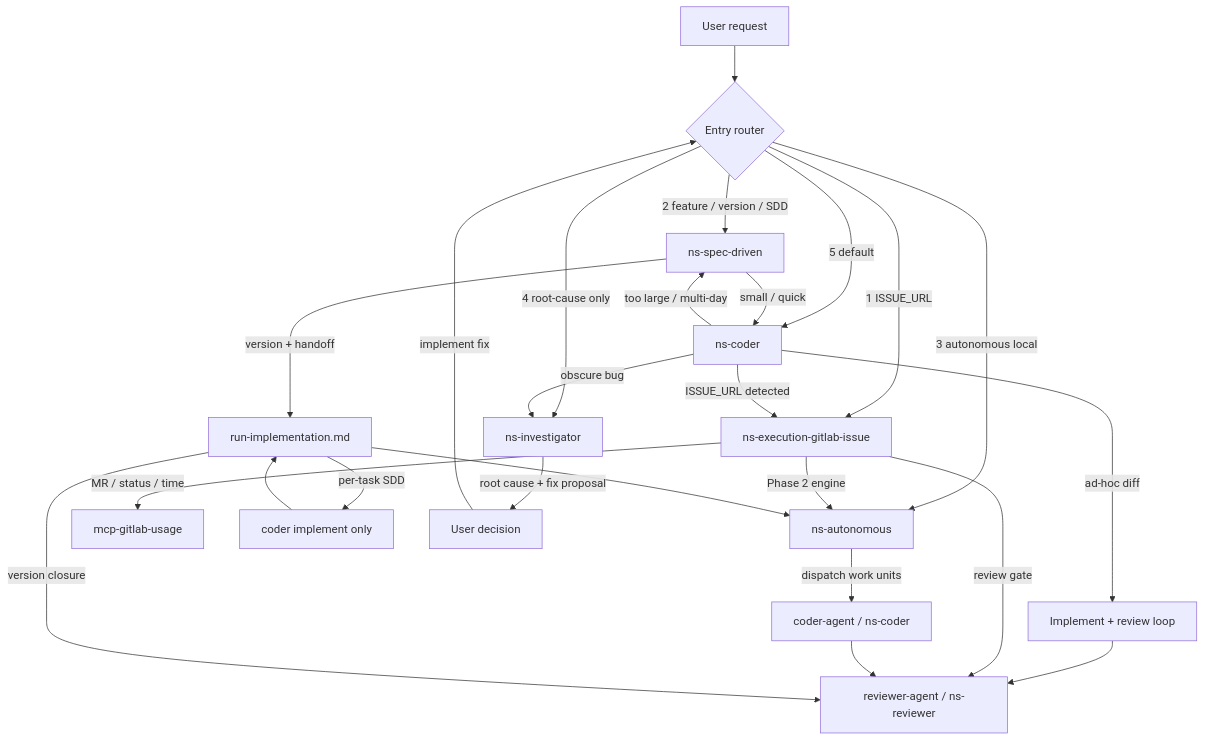
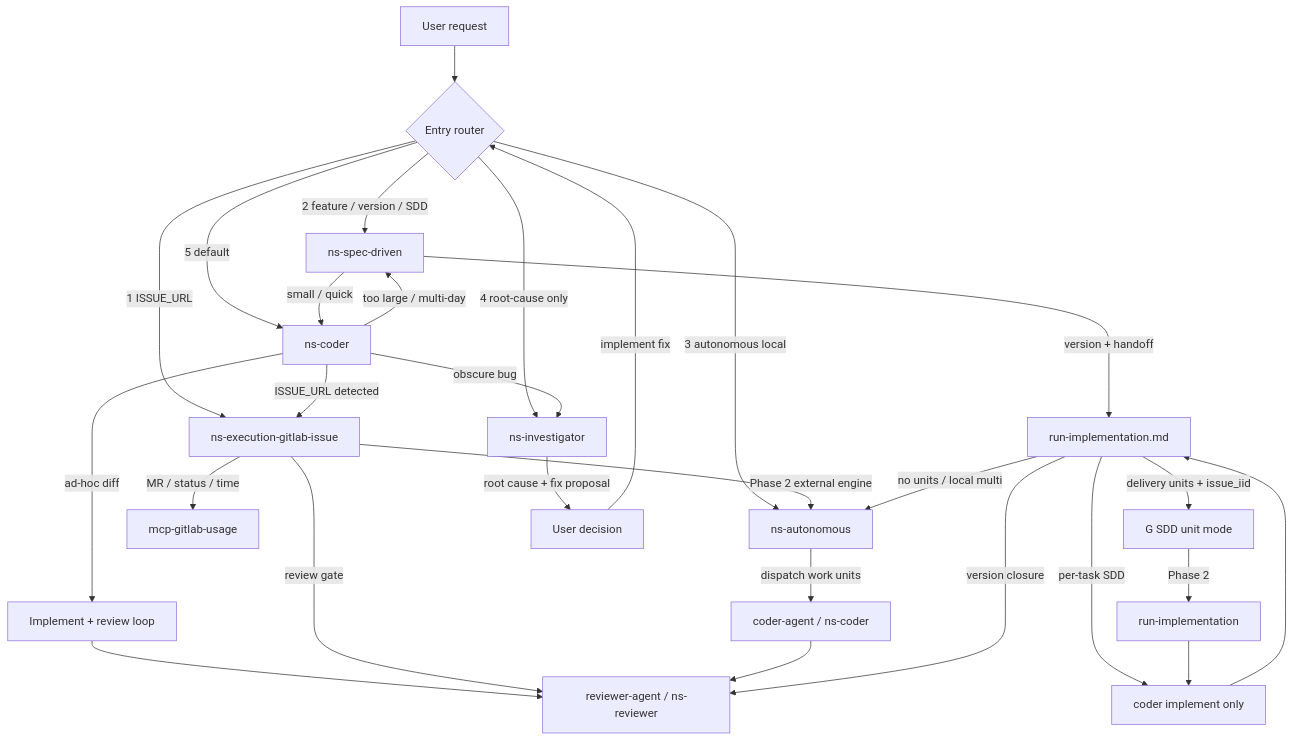
The diagram in skills/ns-harness/references/code-skill-routing.md (nextstage-brasil/skills), drawn with Mermaid before and after one commit. The commit also changed other lines of this file and 30 other files, not shown here.

Commit message:
feat: add unit-scoped execution mode and delivery-unit publishing to SDD workflow

````diff
--- a/skills/ns-harness/references/code-skill-routing.md
+++ b/skills/ns-harness/references/code-skill-routing.md
@@ -104,33 +109,36 @@
 ```mermaid
 flowchart TD
   U[User request] --> R{Entry router}
 
   R -->|"1 ISSUE_URL"| G[ns-execution-gitlab-issue]
   R -->|"2 feature / version / SDD"| S[ns-spec-driven]
   R -->|"3 autonomous local"| A[ns-autonomous]
   R -->|"4 root-cause only"| I[ns-investigator]
   R -->|"5 default"| C[ns-coder]
 
   C -->|ISSUE_URL detected| G
   C -->|too large / multi-day| S
   C -->|obscure bug| I
   C -->|ad-hoc diff| IMPL[Implement + review loop]
   IMPL --> REV[reviewer-agent / ns-reviewer]
 
-  G -->|Phase 2 engine| A
+  G -->|Phase 2 external engine| A
   G -->|MR / status / time| GL[mcp-gitlab-usage]
   G -->|review gate| REV
 
   A -->|dispatch work units| C2[coder-agent / ns-coder]
   C2 --> REV
 
   S -->|small / quick| C
   S -->|version + handoff| H[run-implementation.md]
   H -->|per-task SDD| Cimpl[coder implement only]
   Cimpl --> H
+  H -->|delivery units + issue_iid| Gunit[G SDD unit mode]
+  Gunit -->|Phase 2| RI[run-implementation]
+  RI --> Cimpl
   H -->|version closure| REV
-  H --> A
+  H -->|no units / local multi| A
 
   I -->|root cause + fix proposal| U2[User decision]
   U2 -->|implement fix| R
 ```
````
